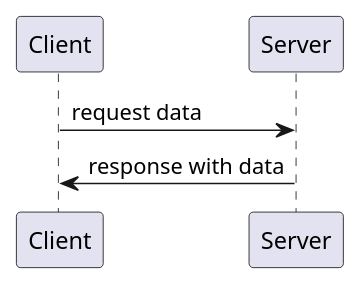
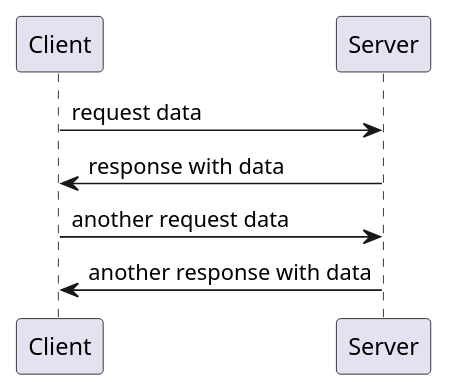
One commit to justunsix/garden changed the first of 2 diagrams in src/content/docs/notes/005-1-Tech-Python-Case-Study-Visualize-Microservice-Data.md. Above: the diagram before and after it, drawn with PlantUML. The commit also changed other lines of this file and 11 other files, not shown here.

````diff
--- a/src/content/docs/notes/005-1-Tech-Python-Case-Study-Visualize-Microservice-Data.md
+++ b/src/content/docs/notes/005-1-Tech-Python-Case-Study-Visualize-Microservice-Data.md
@@ -58,10 +65,12 @@
 ``` plantuml
 
 @startuml
 
 Client -> Server: request data
 Server -> Client: response with data
+Client -> Server: another request data
+Server -> Client: another response with data
 
 @enduml
 
 ```
````
